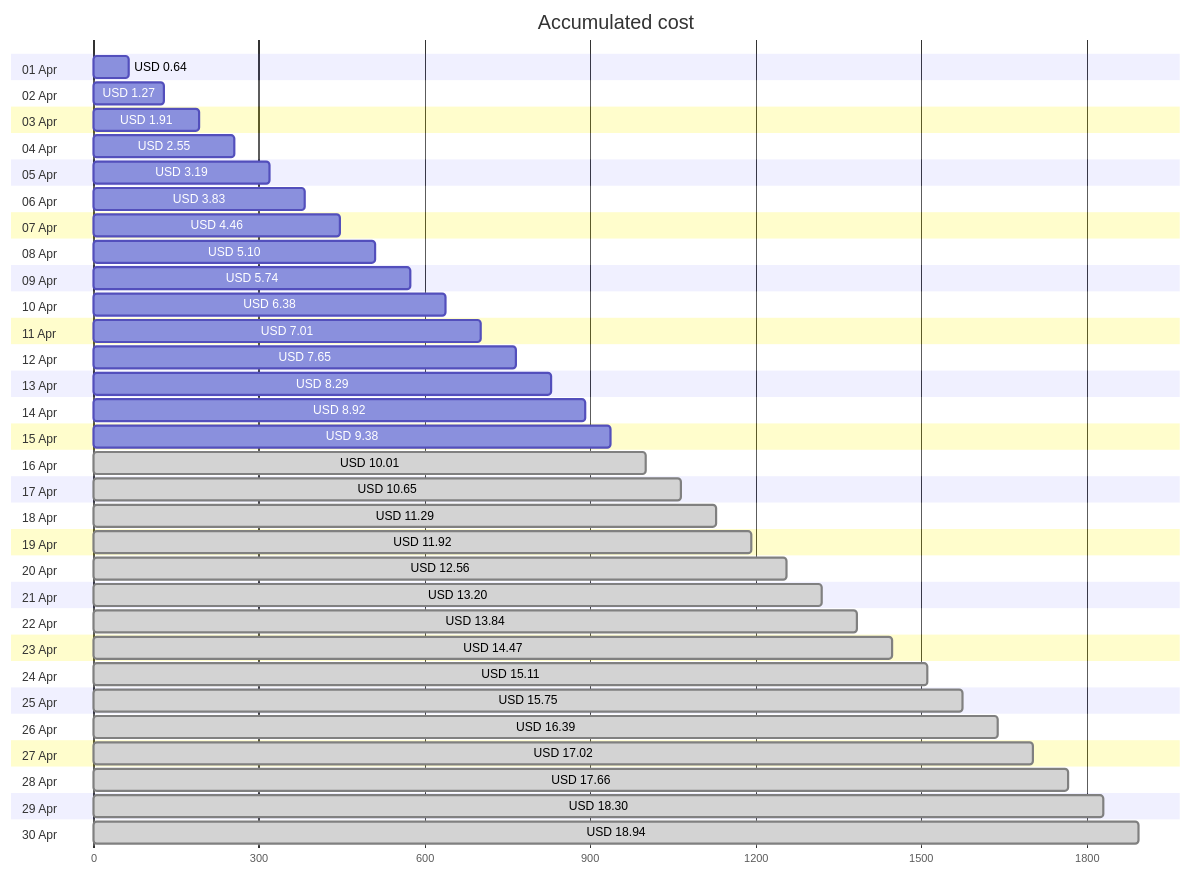
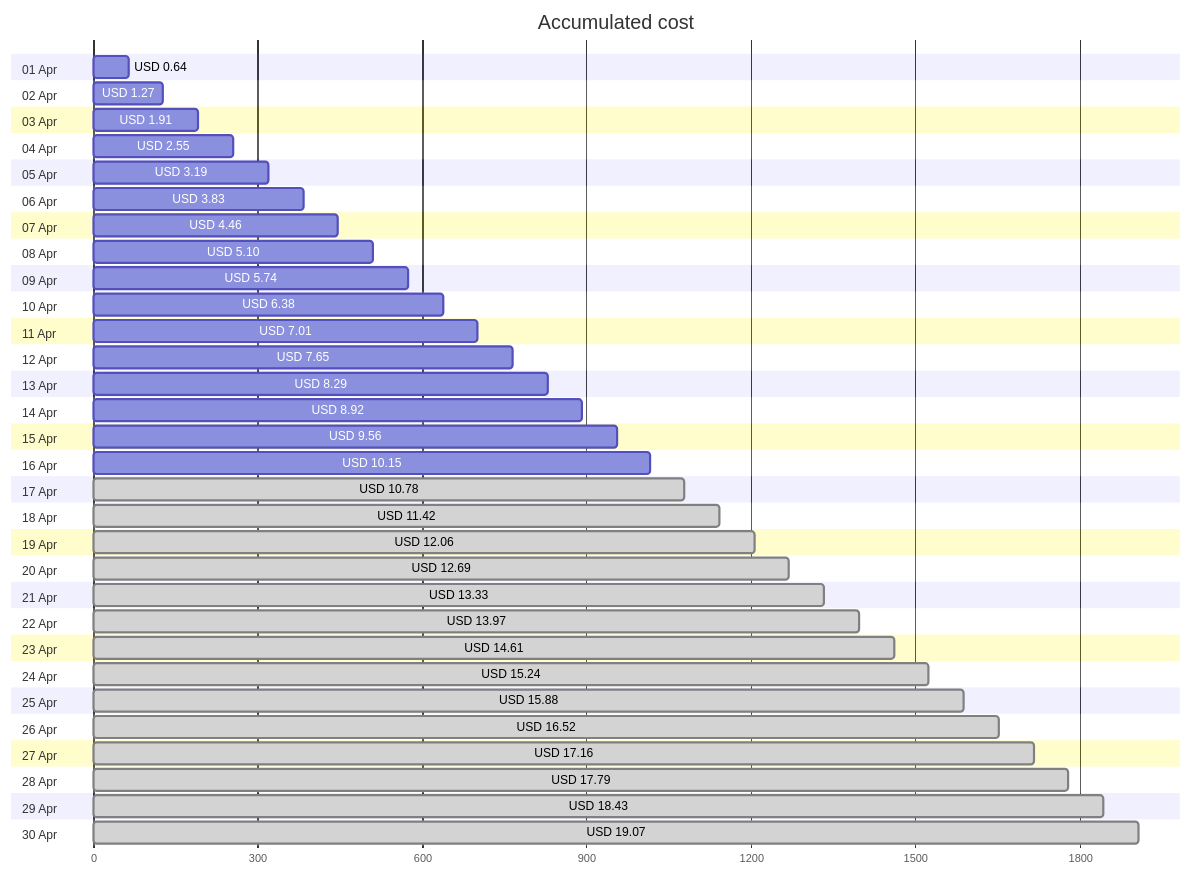
Before and after one commit to jpfulton/azure-personal-reports: the first of 4 diagrams in cost-reports/accumulated-cost.md, drawn with Mermaid. The commit also changed other lines of this file and 4 other files, not shown here.

````diff
--- a/cost-reports/accumulated-cost.md
+++ b/cost-reports/accumulated-cost.md
@@ -20,66 +20,66 @@
 ```mermaid
 gantt
    title Accumulated cost
    dateFormat  X
    axisFormat %s
    section 01 Apr
    USD 0.64 :0, 64
    section 02 Apr
    USD 1.27 :0, 127
    section 03 Apr
    USD 1.91 :0, 191
    section 04 Apr
    USD 2.55 :0, 255
    section 05 Apr
    USD 3.19 :0, 319
    section 06 Apr
    USD 3.83 :0, 383
    section 07 Apr
    USD 4.46 :0, 446
    section 08 Apr
    USD 5.10 :0, 510
    section 09 Apr
    USD 5.74 :0, 574
    section 10 Apr
    USD 6.38 :0, 638
    section 11 Apr
    USD 7.01 :0, 701
    section 12 Apr
    USD 7.65 :0, 765
    section 13 Apr
    USD 8.29 :0, 829
    section 14 Apr
    USD 8.92 :0, 892
    section 15 Apr
-   USD 9.38 :0, 938
+   USD 9.56 :0, 956
    section 16 Apr
-   USD 10.01 : done, 0, 1001
+   USD 10.15 :0, 1015
    section 17 Apr
-   USD 10.65 : done, 0, 1065
+   USD 10.78 : done, 0, 1078
    section 18 Apr
-   USD 11.29 : done, 0, 1129
+   USD 11.42 : done, 0, 1142
    section 19 Apr
-   USD 11.92 : done, 0, 1192
+   USD 12.06 : done, 0, 1206
    section 20 Apr
-   USD 12.56 : done, 0, 1256
+   USD 12.69 : done, 0, 1269
    section 21 Apr
-   USD 13.20 : done, 0, 1320
+   USD 13.33 : done, 0, 1333
    section 22 Apr
-   USD 13.84 : done, 0, 1384
+   USD 13.97 : done, 0, 1397
    section 23 Apr
-   USD 14.47 : done, 0, 1447
+   USD 14.61 : done, 0, 1461
    section 24 Apr
-   USD 15.11 : done, 0, 1511
+   USD 15.24 : done, 0, 1524
    section 25 Apr
-   USD 15.75 : done, 0, 1575
+   USD 15.88 : done, 0, 1588
    section 26 Apr
-   USD 16.39 : done, 0, 1639
+   USD 16.52 : done, 0, 1652
    section 27 Apr
-   USD 17.02 : done, 0, 1702
+   USD 17.16 : done, 0, 1716
    section 28 Apr
-   USD 17.66 : done, 0, 1766
+   USD 17.79 : done, 0, 1779
    section 29 Apr
-   USD 18.30 : done, 0, 1830
+   USD 18.43 : done, 0, 1843
    section 30 Apr
-   USD 18.94 : done, 0, 1894
+   USD 19.07 : done, 0, 1907
 ```
````
